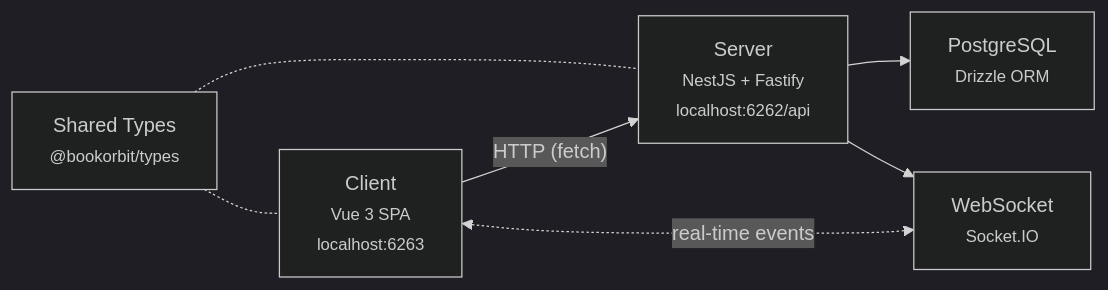
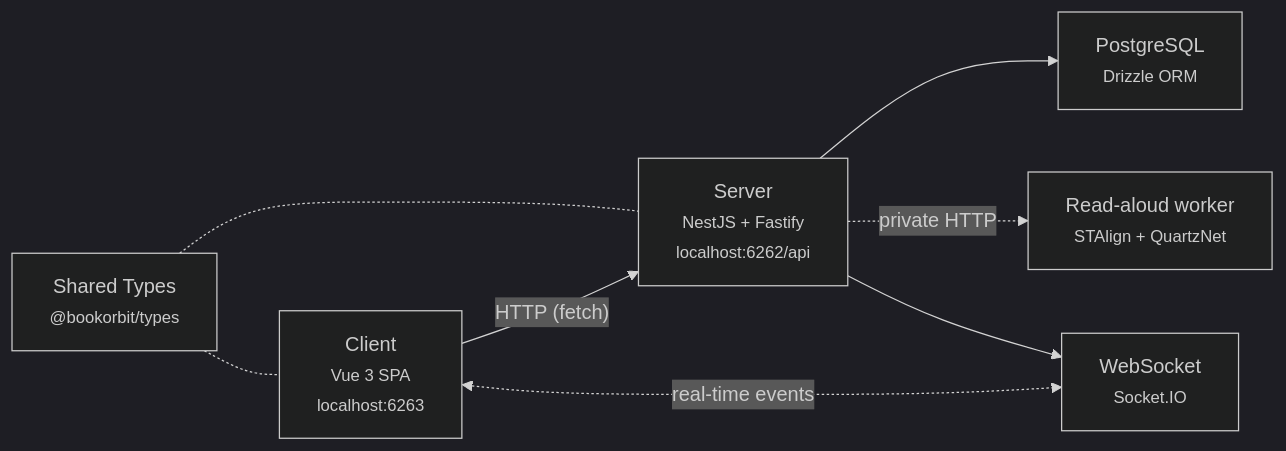
The diagram in docs/DEVELOPMENT.md (CamilleHbp/bookorbit), drawn with Mermaid (dark theme) before and after one commit. The commit also changed other lines of this file and 153 other files, not shown here.

First line of the commit message:
feat(books): add read-aloud generation

````diff
--- a/docs/DEVELOPMENT.md
+++ b/docs/DEVELOPMENT.md
@@ -13,15 +13,17 @@
 ```mermaid
 graph LR
     Client["Client<br/><small>Vue 3 SPA</small><br/><small>localhost:6263</small>"]
     Server["Server<br/><small>NestJS + Fastify</small><br/><small>localhost:6262/api</small>"]
     DB["PostgreSQL<br/><small>Drizzle ORM</small>"]
     WS["WebSocket<br/><small>Socket.IO</small>"]
     Types["Shared Types<br/><small>@bookorbit/types</small>"]
+    Worker["Read-aloud worker<br/><small>STAlign + QuartzNet</small>"]
 
     Client -- "HTTP (fetch)" --> Server
     Client <-. "real-time events" .-> WS
     Server --> DB
+    Server -. "private HTTP" .-> Worker
     Server --> WS
     Types -.- Client
     Types -.- Server
 ```
````
